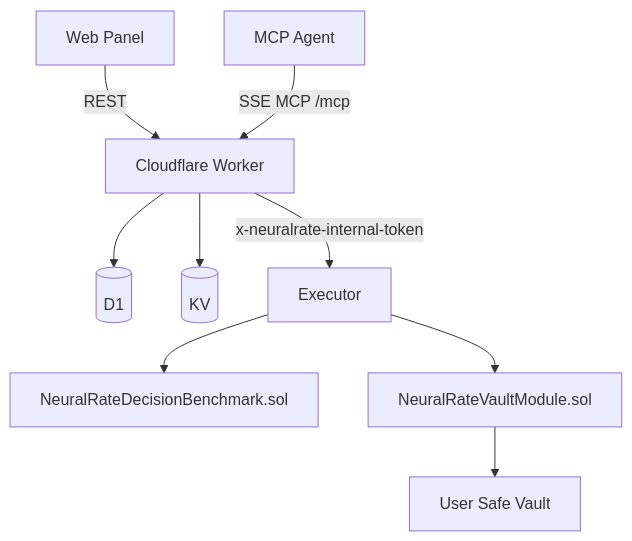
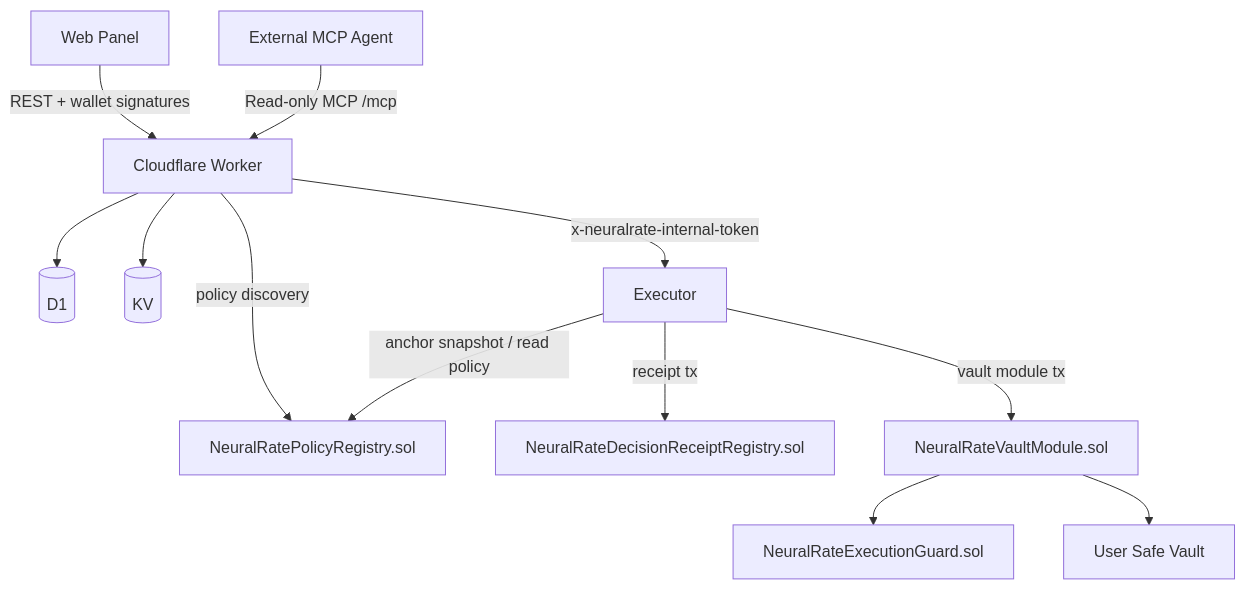
Before and after one commit to Lipe-lx/NeuralRate-MCP: the diagram in docs/architecture.md, drawn with Mermaid. The commit also changed other lines of this file and 55 other files, not shown here.

First line of the commit message:
feat: Implement NeuralRateExecutionGuard and NeuralRatePolicyRegistry contracts

````diff
--- a/docs/architecture.md
+++ b/docs/architecture.md
@@ -20,11 +20,14 @@
 ```mermaid
 graph TD
-    Web[Web Panel] -->|REST| Worker[Cloudflare Worker]
-    Agent[MCP Agent] -->|SSE MCP /mcp| Worker
+    Web[Web Panel] -->|REST + wallet signatures| Worker[Cloudflare Worker]
+    Agent[External MCP Agent] -->|Read-only MCP /mcp| Worker
     Worker --> D1[(D1)]
     Worker --> KV[(KV)]
     Worker -->|x-neuralrate-internal-token| Executor[Executor]
-    Executor --> Benchmark[NeuralRateDecisionBenchmark.sol]
-    Executor --> Module[NeuralRateVaultModule.sol]
+    Worker -->|policy discovery| PolicyRegistry[NeuralRatePolicyRegistry.sol]
+    Executor -->|anchor snapshot / read policy| PolicyRegistry
+    Executor -->|receipt tx| ReceiptRegistry[NeuralRateDecisionReceiptRegistry.sol]
+    Executor -->|vault module tx| Module[NeuralRateVaultModule.sol]
+    Module --> Guard[NeuralRateExecutionGuard.sol]
     Module --> Safe[User Safe Vault]
 ```
````
